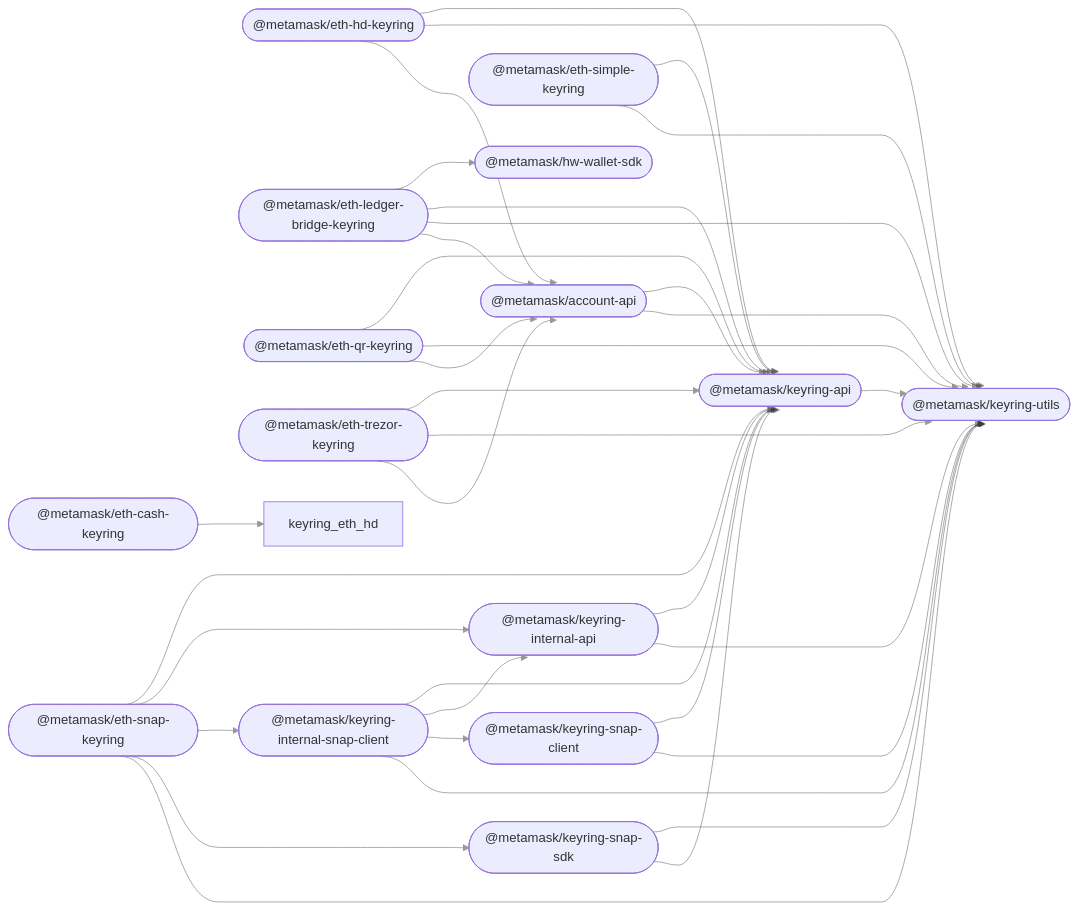
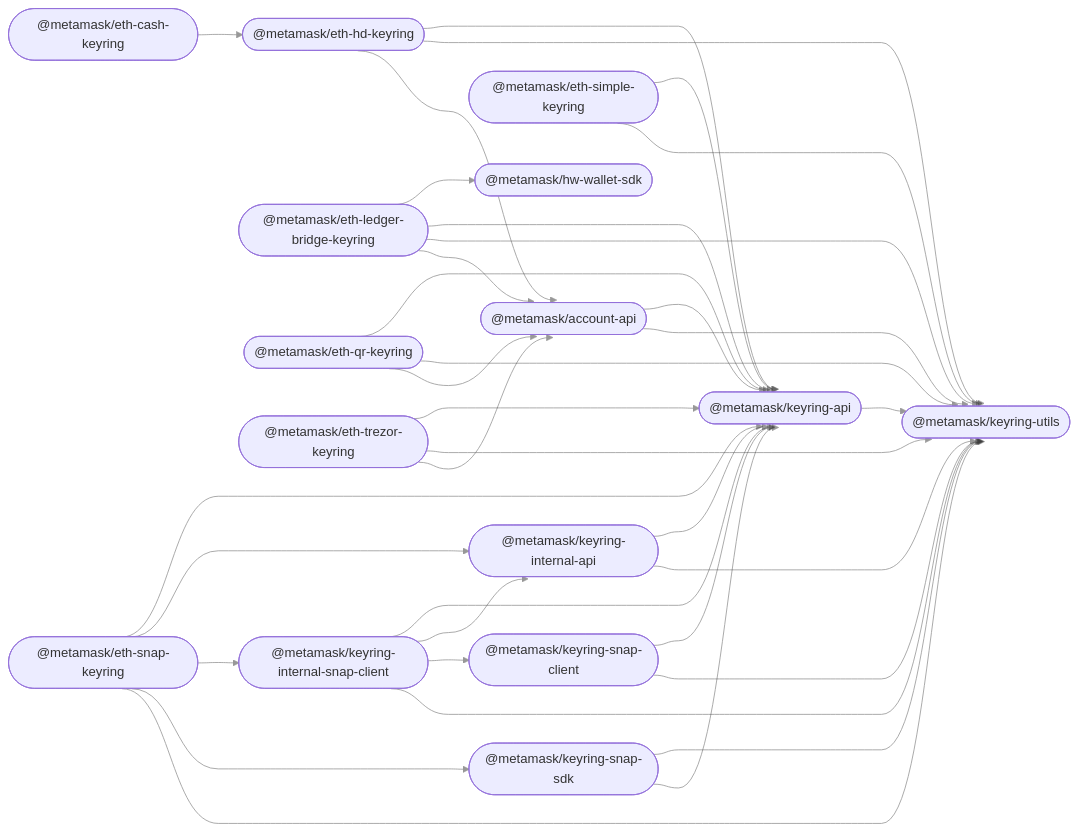
One commit to MetaMask/accounts changed the diagram in README.md. Above: the diagram before and after it, drawn with Mermaid.

Commit message:
chore: fix readme diagram mistake

````diff
--- a/README.md
+++ b/README.md
@@ -37,54 +37,54 @@
 ```mermaid
 %%{ init: { 'flowchart': { 'curve': 'bumpX' } } }%%
 graph LR;
 linkStyle default opacity:0.5
   account_api(["@metamask/account-api"]);
   hw_wallet_sdk(["@metamask/hw-wallet-sdk"]);
   keyring_api(["@metamask/keyring-api"]);
   eth_cash_keyring(["@metamask/eth-cash-keyring"]);
   eth_hd_keyring(["@metamask/eth-hd-keyring"]);
   eth_ledger_bridge_keyring(["@metamask/eth-ledger-bridge-keyring"]);
   eth_qr_keyring(["@metamask/eth-qr-keyring"]);
   eth_simple_keyring(["@metamask/eth-simple-keyring"]);
   eth_trezor_keyring(["@metamask/eth-trezor-keyring"]);
   keyring_internal_api(["@metamask/keyring-internal-api"]);
   keyring_internal_snap_client(["@metamask/keyring-internal-snap-client"]);
   eth_snap_keyring(["@metamask/eth-snap-keyring"]);
   keyring_snap_client(["@metamask/keyring-snap-client"]);
   keyring_snap_sdk(["@metamask/keyring-snap-sdk"]);
   keyring_utils(["@metamask/keyring-utils"]);
   account_api --> keyring_api;
   account_api --> keyring_utils;
   keyring_api --> keyring_utils;
-  eth_cash_keyring --> keyring_eth_hd;
+  eth_cash_keyring --> eth_hd_keyring;
   eth_hd_keyring --> keyring_api;
   eth_hd_keyring --> keyring_utils;
   eth_hd_keyring --> account_api;
   eth_ledger_bridge_keyring --> hw_wallet_sdk;
   eth_ledger_bridge_keyring --> keyring_api;
   eth_ledger_bridge_keyring --> keyring_utils;
   eth_ledger_bridge_keyring --> account_api;
   eth_qr_keyring --> keyring_api;
   eth_qr_keyring --> keyring_utils;
   eth_qr_keyring --> account_api;
   eth_simple_keyring --> keyring_api;
   eth_simple_keyring --> keyring_utils;
   eth_trezor_keyring --> keyring_api;
   eth_trezor_keyring --> keyring_utils;
   eth_trezor_keyring --> account_api;
   keyring_internal_api --> keyring_api;
   keyring_internal_api --> keyring_utils;
   keyring_internal_snap_client --> keyring_api;
   keyring_internal_snap_client --> keyring_internal_api;
   keyring_internal_snap_client --> keyring_snap_client;
   keyring_internal_snap_client --> keyring_utils;
   eth_snap_keyring --> keyring_api;
   eth_snap_keyring --> keyring_internal_api;
   eth_snap_keyring --> keyring_internal_snap_client;
   eth_snap_keyring --> keyring_snap_sdk;
   eth_snap_keyring --> keyring_utils;
   keyring_snap_client --> keyring_api;
   keyring_snap_client --> keyring_utils;
   keyring_snap_sdk --> keyring_utils;
   keyring_snap_sdk --> keyring_api;
 ```
````
